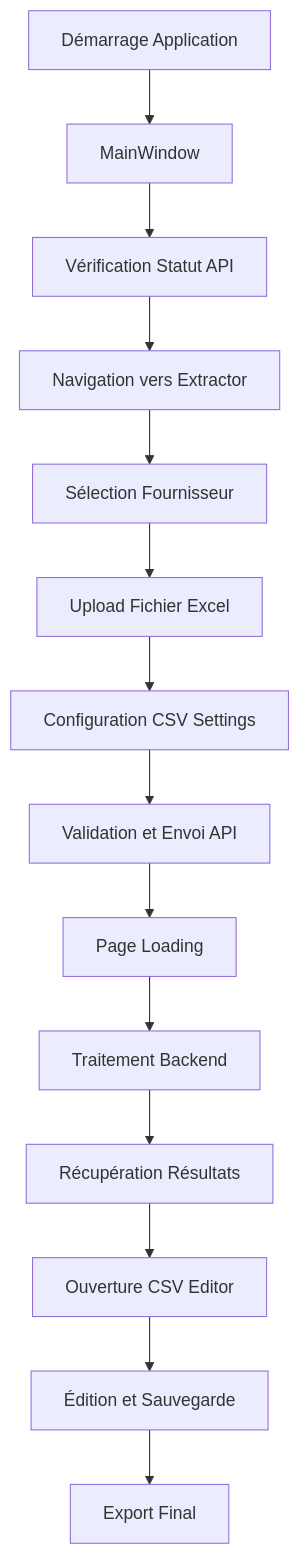
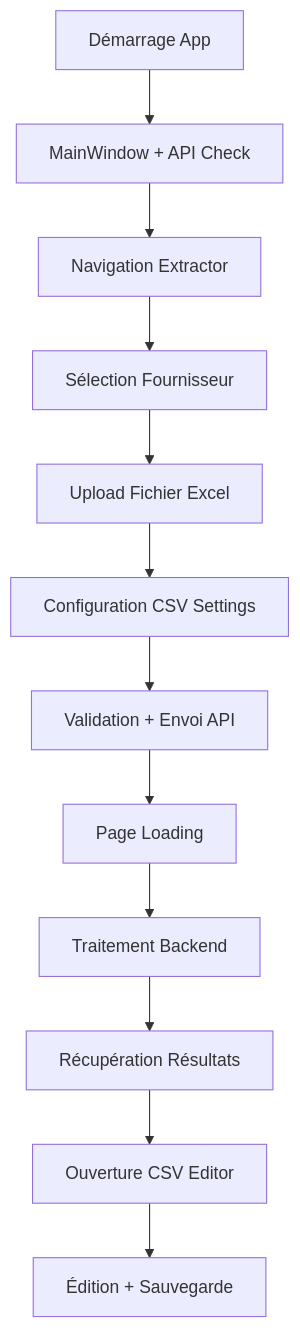
Before and after one commit to harveywgh/PLManager_frontend: the diagram in documentation.md, drawn with Mermaid. The commit also changed other lines of this file, not shown here.

````diff
--- a/documentation.md
+++ b/documentation.md
@@ -2221,16 +573,14 @@
 ```mermaid
 graph TD
-    A[Démarrage Application] --> B[MainWindow]
-    B --> C[Vérification Statut API]
-    C --> D[Navigation vers Extractor]
-    D --> E[Sélection Fournisseur]
-    E --> F[Upload Fichier Excel]
-    F --> G[Configuration CSV Settings]
-    G --> H[Validation et Envoi API]
-    H --> I[Page Loading]
-    I --> J[Traitement Backend]
-    J --> K[Récupération Résultats]
-    K --> L[Ouverture CSV Editor]
-    L --> M[Édition et Sauvegarde]
-    M --> N[Export Final]
+    A[Démarrage App] --> B[MainWindow + API Check]
+    B --> C[Navigation Extractor]
+    C --> D[Sélection Fournisseur]
+    D --> E[Upload Fichier Excel]
+    E --> F[Configuration CSV Settings]
+    F --> G[Validation + Envoi API]
+    G --> H[Page Loading]
+    H --> I[Traitement Backend]
+    I --> J[Récupération Résultats]
+    J --> K[Ouverture CSV Editor]
+    K --> L[Édition + Sauvegarde]
 ```
````
